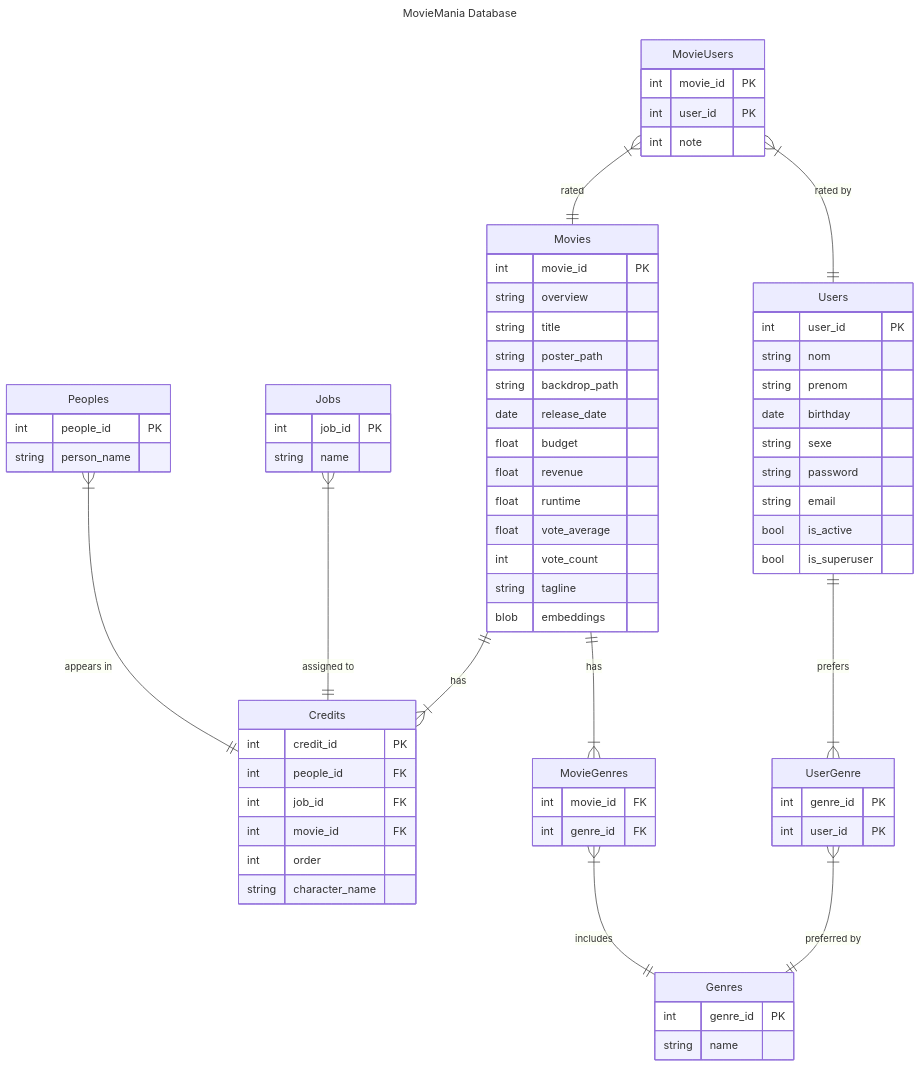
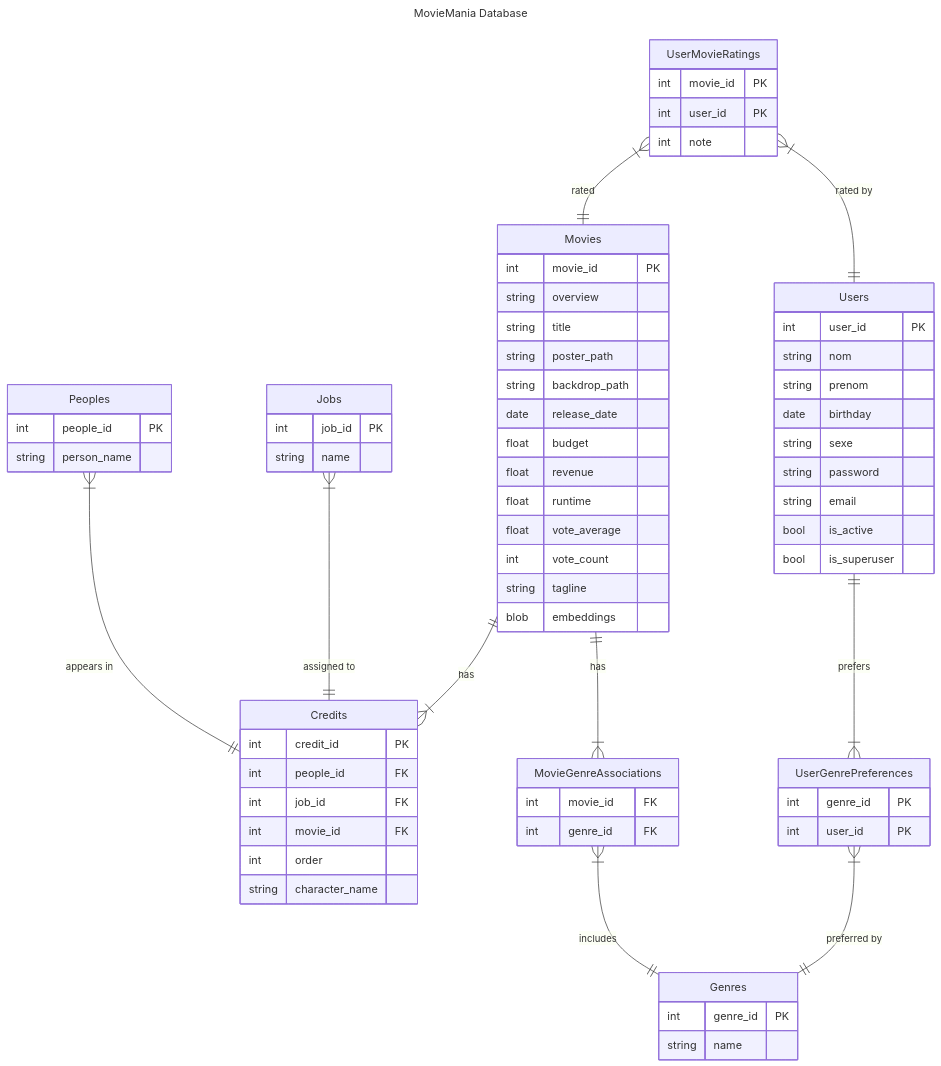
One commit to St4r4x/MovieMania changed the diagram in docs/MLD.md. Above: the diagram before and after it, drawn with Mermaid.

Commit message:
chore: Update MovieMania database schema with new tables and relationships

````diff
--- a/docs/MLD.md
+++ b/docs/MLD.md
@@ -1,78 +1,77 @@
 ```mermaid
 ---
 title: MovieMania Database
 theme: forest
 ---
-
 
 erDiagram
     Movies {
         int movie_id PK
         string overview
         string title
         string poster_path
         string backdrop_path
         date release_date
         float budget
         float revenue
         float runtime
         float vote_average
         int vote_count
         string tagline
         blob embeddings
     }
     Peoples {
         int people_id PK
         string person_name
     }
     Jobs {
         int job_id PK
         string name
     }
     Credits {
         int credit_id PK
         int people_id FK
         int job_id FK
         int movie_id FK
         int order
         string character_name
     }
     Genres {
         int genre_id PK
         string name
     }
-    MovieGenres {
+    MovieGenreAssociations {
         int movie_id FK
         int genre_id FK
     }
     Users {
         int user_id PK
         string nom
         string prenom
         date birthday
         string sexe
         string password
         string email
         bool is_active
         bool is_superuser
     }
-    MovieUsers {
+    UserMovieRatings {
         int movie_id PK
         int user_id PK
         int note
     }
-    UserGenre {
+    UserGenrePreferences {
         int genre_id PK
         int user_id PK
     }
 
-    Movies 1--many(1) MovieGenres : "has"
-    MovieGenres many(1)--1 Genres : "includes"
+    Movies 1--many(1) MovieGenreAssociations : "has"
+    MovieGenreAssociations many(1)--1 Genres : "includes"
     Peoples many(1)--1 Credits : "appears in"
     Jobs many(1)--1 Credits : "assigned to"
     Movies 1--many(1) Credits : "has"
-    MovieUsers many(1)--1 Movies : "rated"
-    MovieUsers many(1)--1 Users : "rated by"
-    Users 1--many(1) UserGenre : "prefers"
-    UserGenre many(1)--1 Genres : "preferred by"
+    UserMovieRatings many(1)--1 Movies : "rated"
+    UserMovieRatings many(1)--1 Users : "rated by"
+    Users 1--many(1) UserGenrePreferences : "prefers"
+    UserGenrePreferences many(1)--1 Genres : "preferred by"
 ```
````
